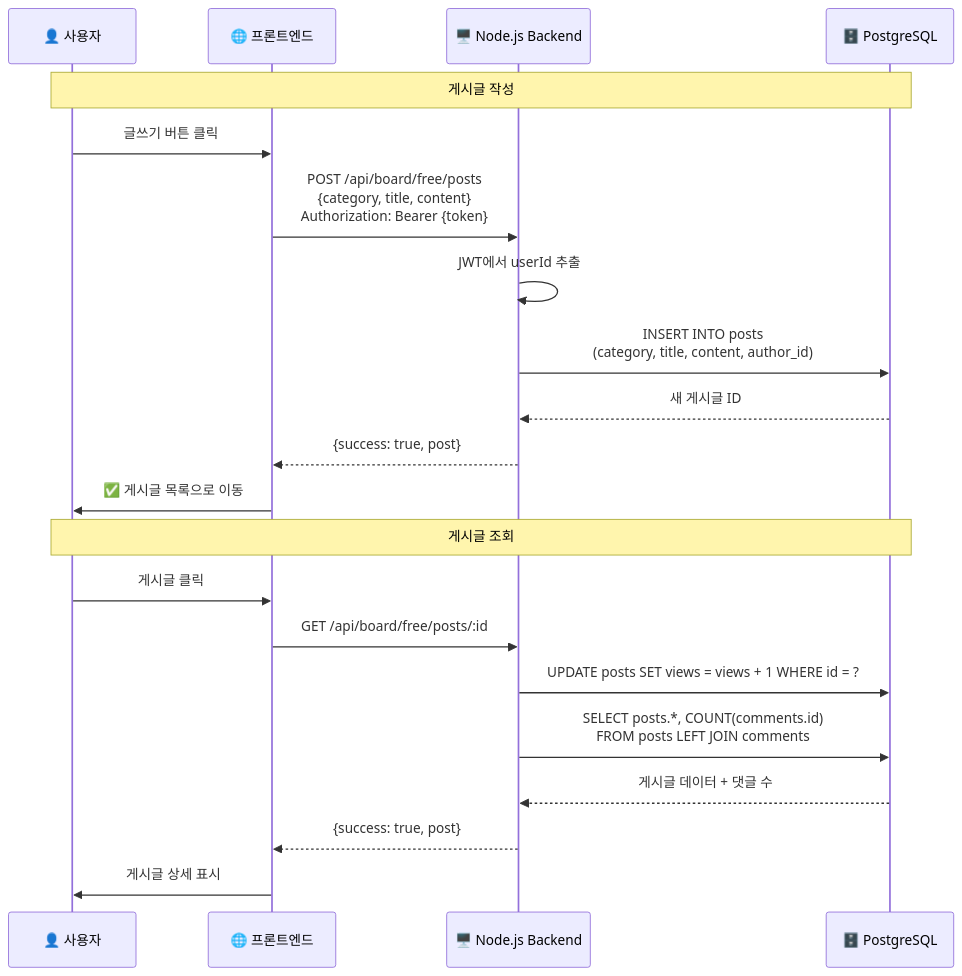
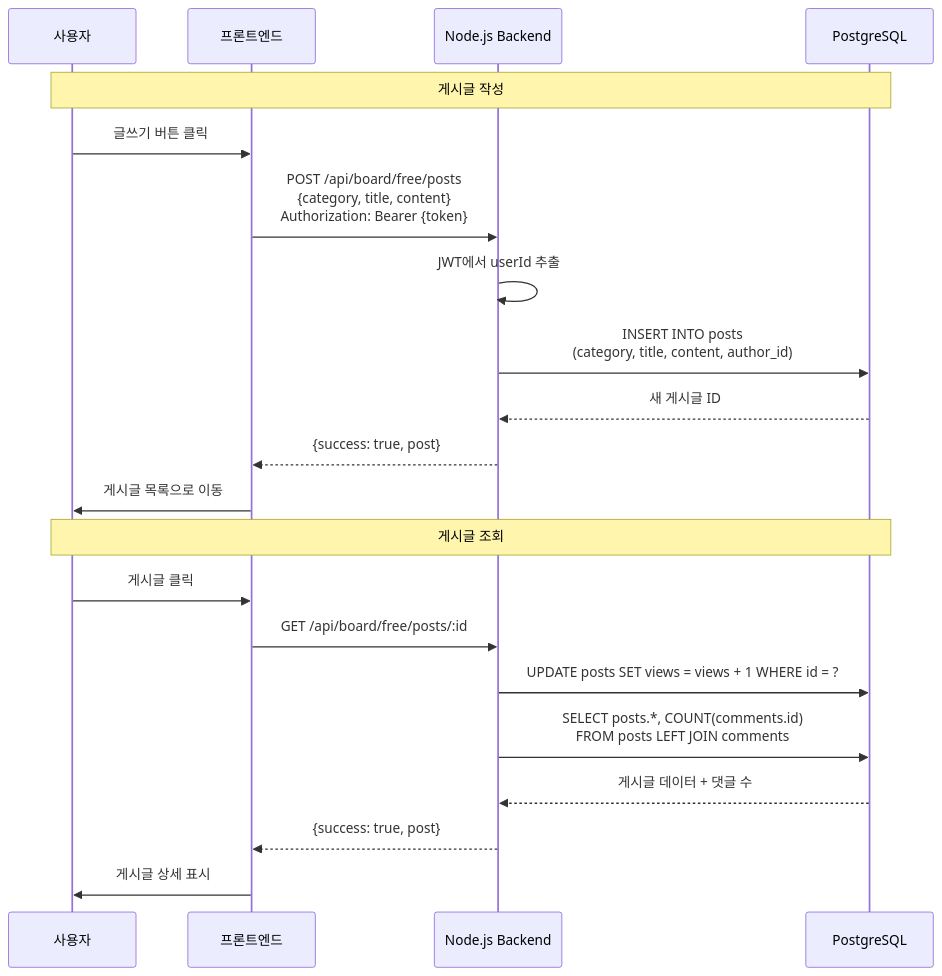
One commit to kyoe-23/DeepLearning_project changed diagram 11 of 12 in Architecture.md. Above: the diagram before and after it, drawn with Mermaid. The commit also changed other lines of this file, not shown here.

````diff
--- a/Architecture.md
+++ b/Architecture.md
@@ -612,27 +612,27 @@
 ```mermaid
 sequenceDiagram
-    participant User as 👤 사용자
-    participant FE as 🌐 프론트엔드
-    participant BE as 🖥️ Node.js Backend
-    participant DB as 🗄️ PostgreSQL
+    participant User as 사용자
+    participant FE as 프론트엔드
+    participant BE as Node.js Backend
+    participant DB as PostgreSQL
 
     Note over User,DB: 게시글 작성
 
     User->>FE: 글쓰기 버튼 클릭
     FE->>BE: POST /api/board/free/posts<br/>{category, title, content}<br/>Authorization: Bearer {token}
     BE->>BE: JWT에서 userId 추출
     BE->>DB: INSERT INTO posts<br/>(category, title, content, author_id)
     DB-->>BE: 새 게시글 ID
     BE-->>FE: {success: true, post}
-    FE->>User: ✅ 게시글 목록으로 이동
+    FE->>User: 게시글 목록으로 이동
 
     Note over User,DB: 게시글 조회
 
     User->>FE: 게시글 클릭
     FE->>BE: GET /api/board/free/posts/:id
     BE->>DB: UPDATE posts SET views = views + 1 WHERE id = ?
     BE->>DB: SELECT posts.*, COUNT(comments.id)<br/>FROM posts LEFT JOIN comments
     DB-->>BE: 게시글 데이터 + 댓글 수
     BE-->>FE: {success: true, post}
     FE->>User: 게시글 상세 표시
 ```
````
